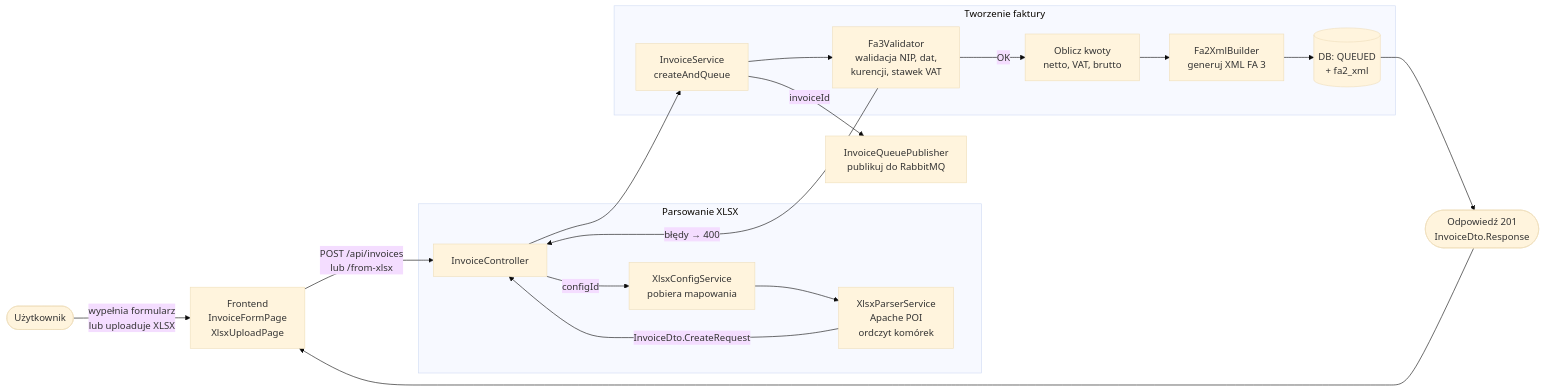
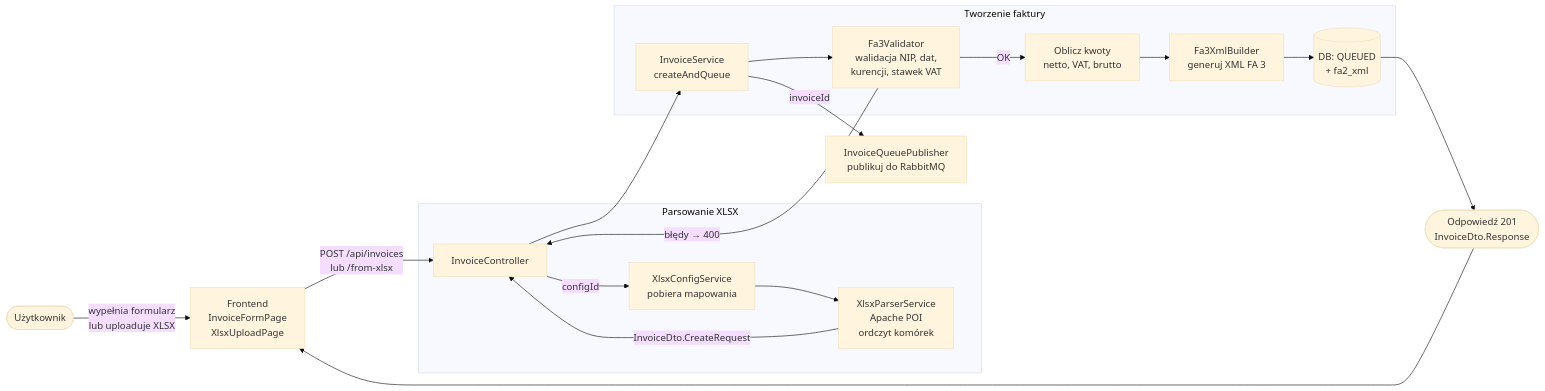
One commit to krx2/ksef-app changed the third of 9 diagrams in ARCHITECTURE.md. Above: the diagram before and after it, drawn with Mermaid (base theme). The commit also changed other lines of this file and 36 other files, not shown here.

````diff
--- a/ARCHITECTURE.md
+++ b/ARCHITECTURE.md
@@ -101,25 +116,25 @@
 ```mermaid
 flowchart LR
     A([Użytkownik]) -->|wypełnia formularz\nlub uploaduje XLSX| B[Frontend\nInvoiceFormPage\nXlsxUploadPage]
     B -->|POST /api/invoices\nlub /from-xlsx| C[InvoiceController]
 
     subgraph Parsowanie XLSX
         C -->|configId| D[XlsxConfigService\npobiera mapowania]
         D --> E[XlsxParserService\nApache POI\nordczyt komórek]
         E -->|InvoiceDto.CreateRequest| C
     end
 
     C --> F[InvoiceService\ncreateAndQueue]
 
     subgraph Tworzenie faktury
         F --> G[Fa3Validator\nwalidacja NIP, dat,\nkurencji, stawek VAT]
         G -->|błędy → 400| C
         G -->|OK| H[Oblicz kwoty\nnetto, VAT, brutto]
-        H --> I[Fa2XmlBuilder\ngeneruj XML FA 3]
+        H --> I[Fa3XmlBuilder\ngeneruj XML FA 3]
         I --> J[(DB: QUEUED\n+ fa2_xml)]
     end
 
     F -->|invoiceId| K[InvoiceQueuePublisher\npublikuj do RabbitMQ]
     J --> L([Odpowiedź 201\nInvoiceDto.Response])
     L --> B
 ```
````
